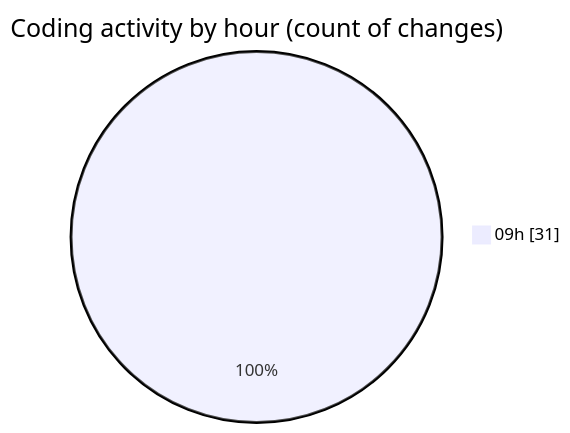
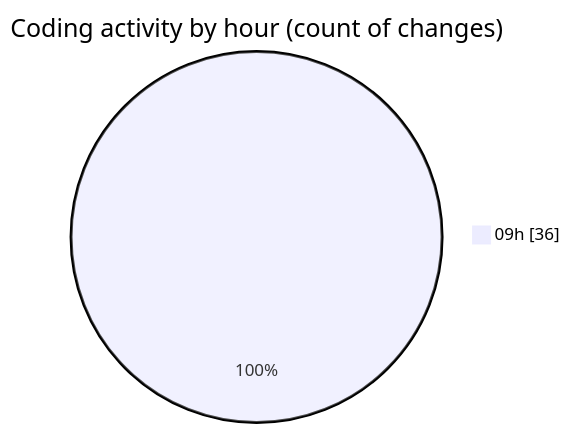
One commit to momahboobian/code-tracking changed the second of 2 diagrams in 2025-02-12/cda/README.md. Above: the diagram before and after it, drawn with Mermaid. The commit also changed other lines of this file and 1 other file, not shown here.

````diff
--- a/2025-02-12/cda/README.md
+++ b/2025-02-12/cda/README.md
@@ -29,5 +29,5 @@
 ```mermaid
 pie showData
 title Coding activity by hour (count of changes)
-"09h" : 31
+"09h" : 36
 ```
````
